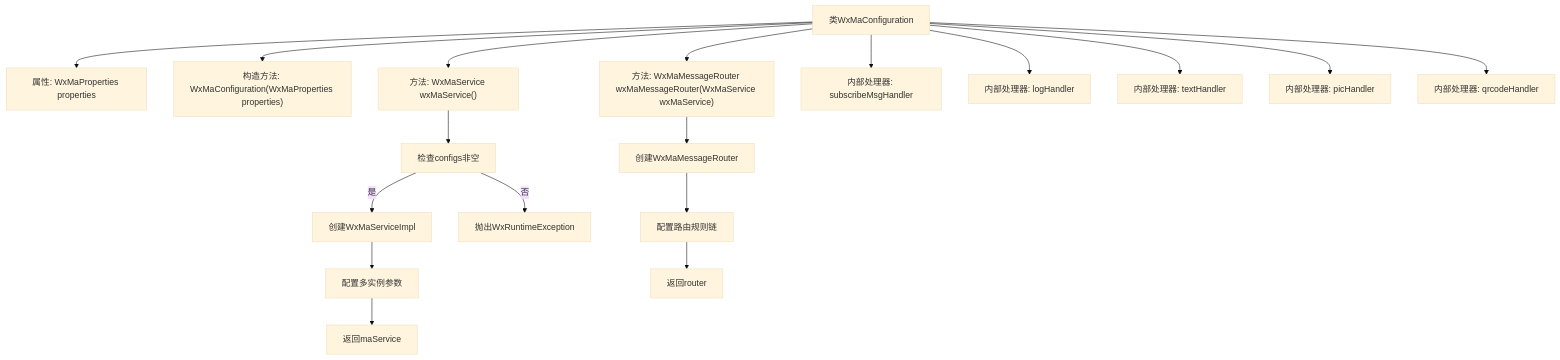
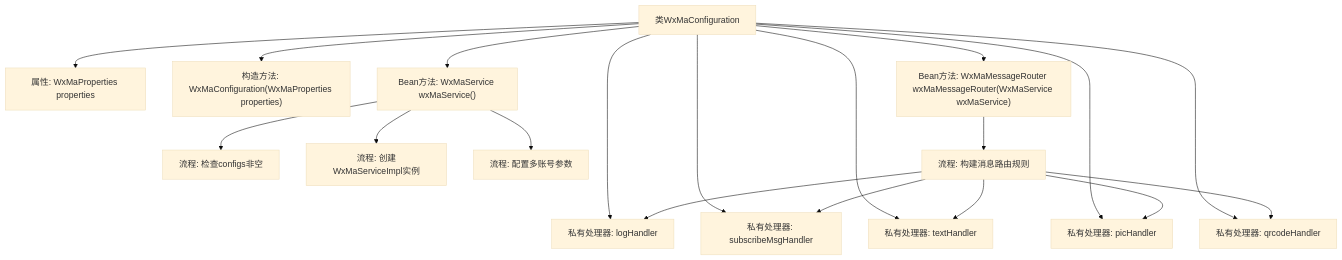
The second of 2 diagrams in docs/zh/docs/src/main/java/com/github/binarywang/demo/wx/miniapp/config/WxMaConfiguration.md (v-wjrong/rongwj666_weixin-java-miniapp-demo), drawn with Mermaid (base theme) before and after one commit. The commit also changed other lines of this file and 42 other files, not shown here.

````diff
--- a/docs/zh/docs/src/main/java/com/github/binarywang/demo/wx/miniapp/config/WxMaConfiguration.md
+++ b/docs/zh/docs/src/main/java/com/github/binarywang/demo/wx/miniapp/config/WxMaConfiguration.md
@@ -126,33 +111,36 @@
 ```mermaid
 graph TD
     A["类WxMaConfiguration"]
     B["属性: WxMaProperties properties"]
     C["构造方法: WxMaConfiguration(WxMaProperties properties)"]
-    D["方法: WxMaService wxMaService()"]
-    E["方法: WxMaMessageRouter wxMaMessageRouter(WxMaService wxMaService)"]
-    F["内部处理器: subscribeMsgHandler"]
-    G["内部处理器: logHandler"]
-    H["内部处理器: textHandler"]
-    I["内部处理器: picHandler"]
-    J["内部处理器: qrcodeHandler"]
+    D["Bean方法: WxMaService wxMaService()"]
+    E["Bean方法: WxMaMessageRouter wxMaMessageRouter(WxMaService wxMaService)"]
+    F["私有处理器: subscribeMsgHandler"]
+    G["私有处理器: logHandler"]
+    H["私有处理器: textHandler"]
+    I["私有处理器: picHandler"]
+    J["私有处理器: qrcodeHandler"]
+    K["流程: 检查configs非空"]
+    L["流程: 创建WxMaServiceImpl实例"]
+    M["流程: 配置多账号参数"]
+    N["流程: 构建消息路由规则"]
 
     A --> B
     A --> C
     A --> D
     A --> E
     A --> F
     A --> G
     A --> H
     A --> I
     A --> J
-
-    D --> K["检查configs非空"]
-    K -->|是| L["创建WxMaServiceImpl"]
-    K -->|否| M["抛出WxRuntimeException"]
-    L --> N["配置多实例参数"]
-    N --> O["返回maService"]
-
-    E --> P["创建WxMaMessageRouter"]
-    P --> Q["配置路由规则链"]
-    Q --> R["返回router"]
+    D --> K
+    D --> L
+    D --> M
+    E --> N
+    N --> G
+    N --> F
+    N --> H
+    N --> I
+    N --> J
 ```
````
